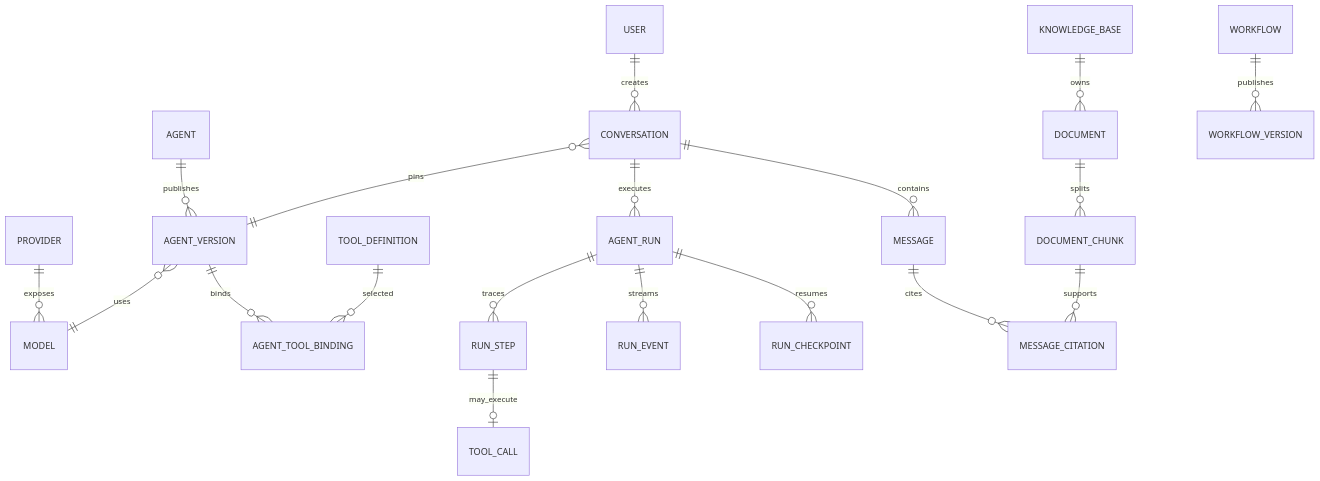
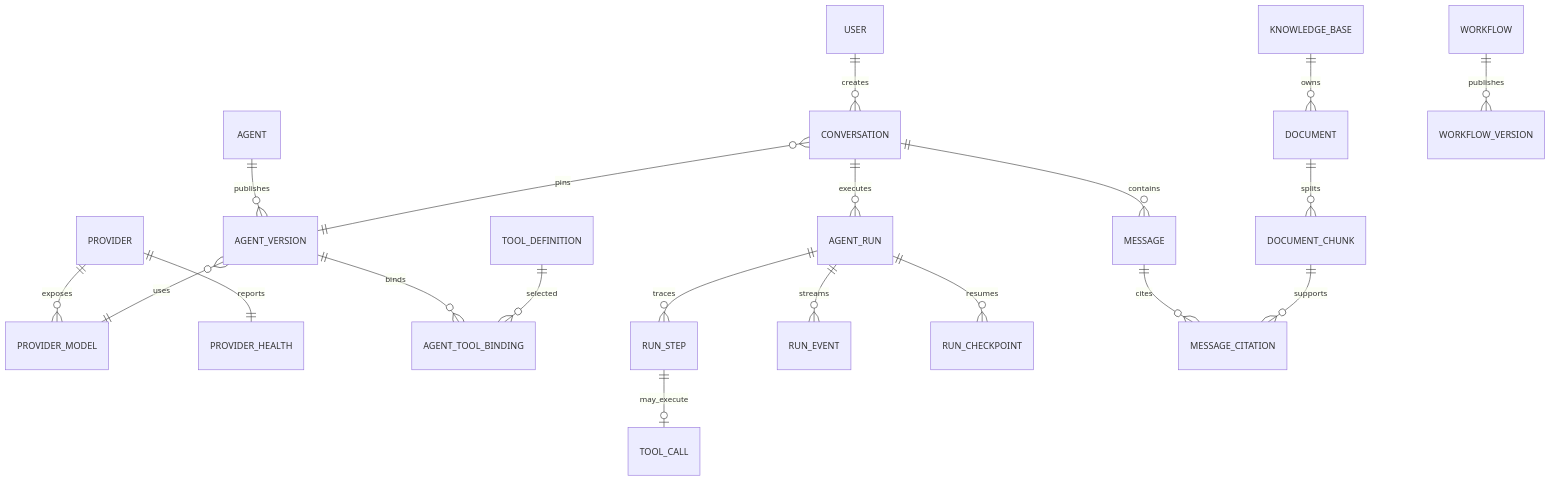
Before and after one commit to royal007a/wb_dify: the diagram in docs/DATA_MODEL.md, drawn with Mermaid. The commit also changed other lines of this file and 8 other files, not shown here.

````diff
--- a/docs/DATA_MODEL.md
+++ b/docs/DATA_MODEL.md
@@ -12,21 +12,22 @@
 ```mermaid
 erDiagram
   USER ||--o{ CONVERSATION : creates
-  PROVIDER ||--o{ MODEL : exposes
+  PROVIDER ||--o{ PROVIDER_MODEL : exposes
+  PROVIDER ||--|| PROVIDER_HEALTH : reports
   AGENT ||--o{ AGENT_VERSION : publishes
-  AGENT_VERSION }o--|| MODEL : uses
+  AGENT_VERSION }o--|| PROVIDER_MODEL : uses
   AGENT_VERSION ||--o{ AGENT_TOOL_BINDING : binds
   TOOL_DEFINITION ||--o{ AGENT_TOOL_BINDING : selected
   CONVERSATION }o--|| AGENT_VERSION : pins
   CONVERSATION ||--o{ MESSAGE : contains
   CONVERSATION ||--o{ AGENT_RUN : executes
   AGENT_RUN ||--o{ RUN_STEP : traces
   AGENT_RUN ||--o{ RUN_EVENT : streams
   AGENT_RUN ||--o{ RUN_CHECKPOINT : resumes
   RUN_STEP ||--o| TOOL_CALL : may_execute
   KNOWLEDGE_BASE ||--o{ DOCUMENT : owns
   DOCUMENT ||--o{ DOCUMENT_CHUNK : splits
   MESSAGE ||--o{ MESSAGE_CITATION : cites
   DOCUMENT_CHUNK ||--o{ MESSAGE_CITATION : supports
   WORKFLOW ||--o{ WORKFLOW_VERSION : publishes
 ```
````
